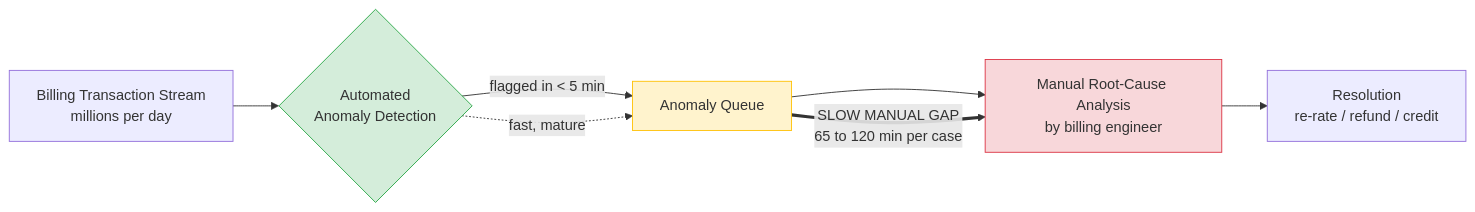
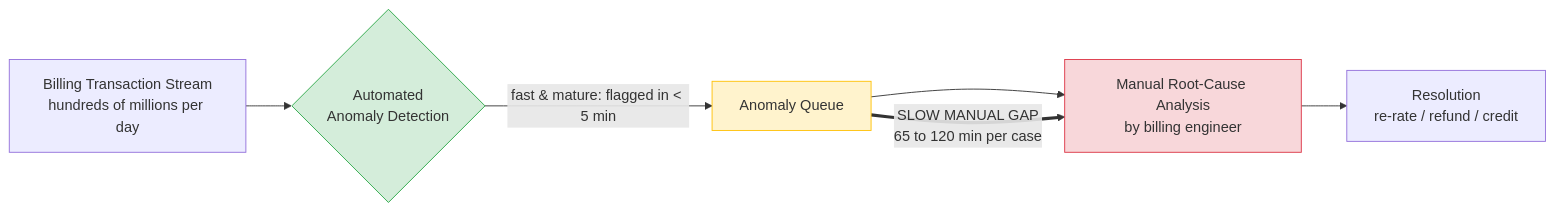
One commit to tatsat3mutee/mtech-teleco-multiagent-project changed the diagram in docs/diagrams/detection_resolution_gap.md. Above: the diagram before and after it, drawn with Mermaid. The commit also changed 8 other files, not shown here.

````diff
--- a/docs/diagrams/detection_resolution_gap.md
+++ b/docs/diagrams/detection_resolution_gap.md
@@ -3,14 +3,14 @@
 ```mermaid
 flowchart LR
-    A[Billing Transaction Stream<br/>millions per day] --> B{Automated<br/>Anomaly Detection}
-    B -->|flagged in < 5 min| C[Anomaly Queue]
+    A[Billing Transaction Stream<br/>hundreds of millions per day] --> B{Automated<br/>Anomaly Detection}
+    B -->|fast & mature: flagged in < 5 min| C[Anomaly Queue]
     C --> D[Manual Root-Cause Analysis<br/>by billing engineer]
-    D --> E[Resolution<br/>re-rate / refund / credit]
+    E2[Resolution<br/>re-rate / refund / credit]
+    D --> E2
 
-    B -.->|fast, mature| C
     C ==>|SLOW MANUAL GAP<br/>65 to 120 min per case| D
 
     style B fill:#d4edda,stroke:#28a745
     style D fill:#f8d7da,stroke:#dc3545
     style C fill:#fff3cd,stroke:#ffc107
 ```
````
